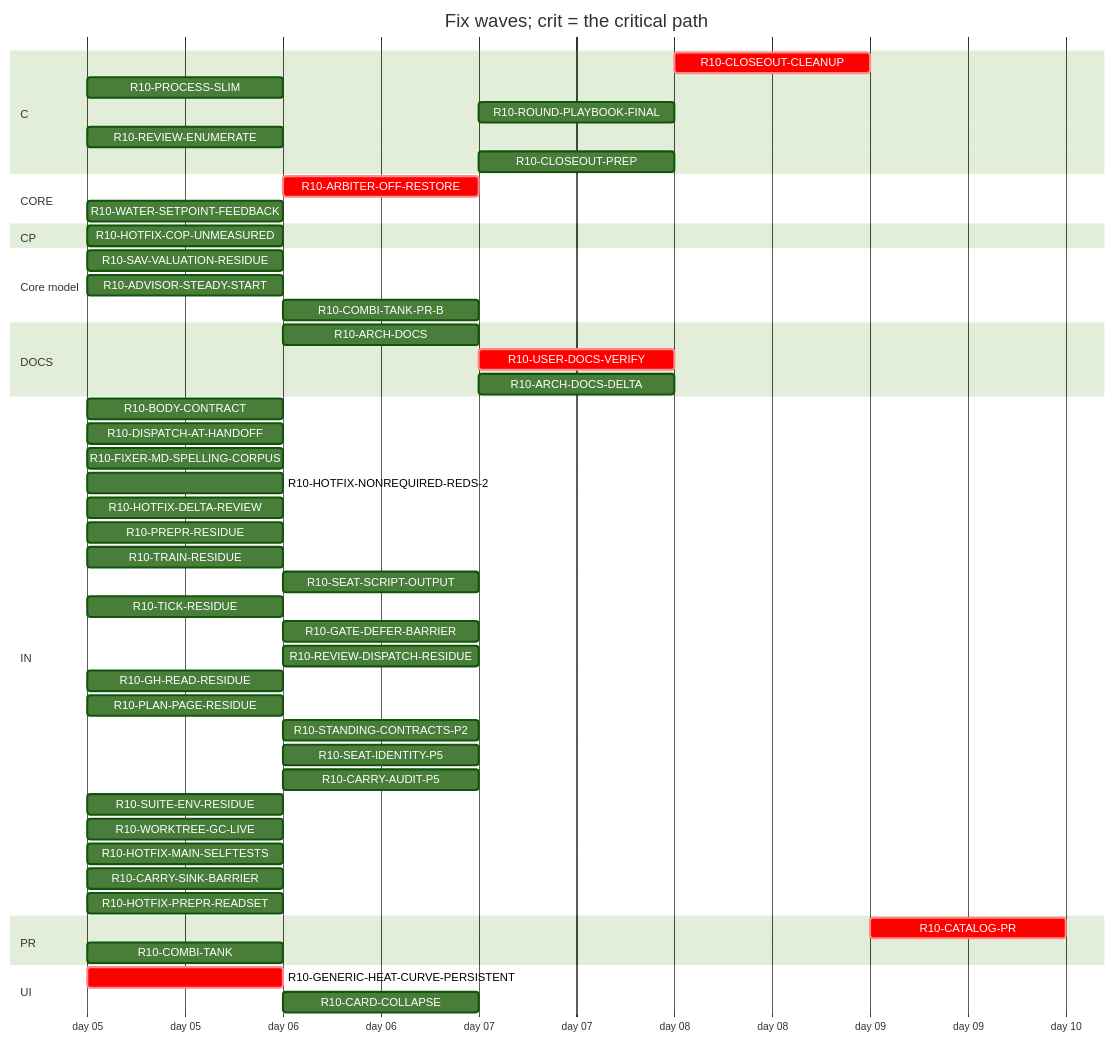
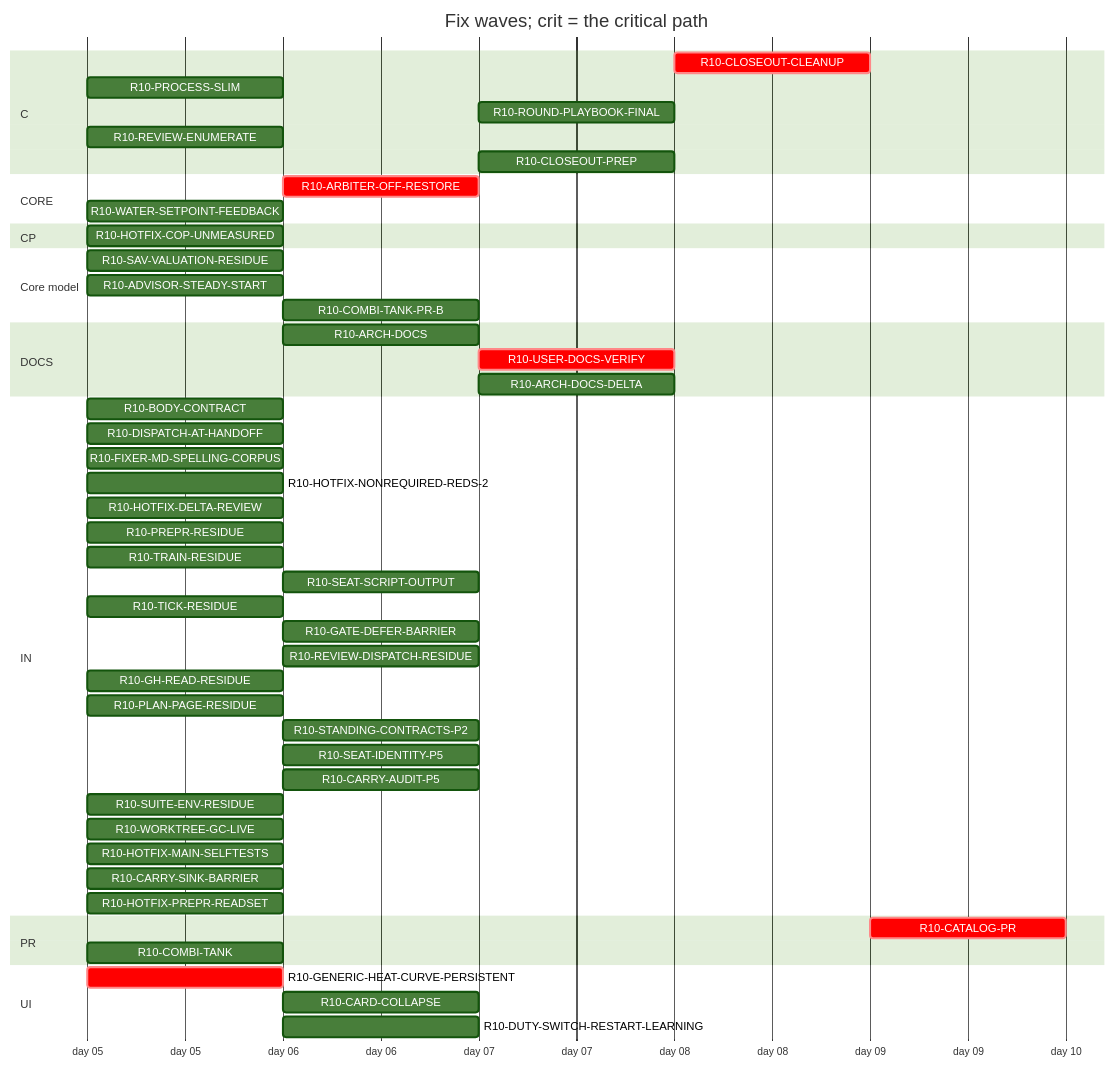
The diagram in handoff/round10/state/PLAN-TABLE.md (tvofi/heatpump_optimizer), drawn with Mermaid (forest theme) before and after one commit. The commit also changed other lines of this file and 1 other file, not shown here.

Commit message:
state: FLOW-BOARD.md, NEXT-SESSION-PROMPT.md, PLAN-TABLE.md, RESUME-CURRENT.md regenerated (state_docs.py)

````diff
--- a/handoff/round10/state/PLAN-TABLE.md
+++ b/handoff/round10/state/PLAN-TABLE.md
@@ -21,53 +21,54 @@
 ```mermaid
 gantt
   title Fix waves; crit = the critical path
   dateFormat YYYY-MM-DD
   axisFormat day %d
   section C
     R10-CLOSEOUT-CLEANUP :crit, r10CLOSEOUTCLEANUP, after r10ARCHDOCS r10USERDOCSVERIFY r10ROUNDPLAYBOOKFINAL r10CLOSEOUTPREP r10ARCHDOCSDELTA, 1d
     R10-PROCESS-SLIM :r10PROCESSSLIM, 2026-01-05, 1d
     R10-ROUND-PLAYBOOK-FINAL :r10ROUNDPLAYBOOKFINAL, after r10DISPATCHATHANDOFF r10BODYCONTRACT r10PROCESSSLIM r10FIXERMDSPELLINGCORPUS r10PREPRRESIDUE r10SEATSCRIPTOUTPUT r10REVIEWDISPATCHRESIDUE r10CARRYAUDITP5 r10TICKRESIDUE r10SEATIDENTITYP5 r10STANDINGCONTRACTSP2 r10PLANPAGERESIDUE r10TRAINRESIDUE r10GHREADRESIDUE r10SUITEENVRESIDUE r10GATEDEFERBARRIER r10WORKTREEGCLIVE, 1d
     R10-REVIEW-ENUMERATE :r10REVIEWENUMERATE, 2026-01-05, 1d
     R10-CLOSEOUT-PREP :r10CLOSEOUTPREP, after r10ARCHDOCS r10DISPATCHATHANDOFF r10BODYCONTRACT r10PROCESSSLIM r10FIXERMDSPELLINGCORPUS r10PREPRRESIDUE r10SEATSCRIPTOUTPUT r10REVIEWDISPATCHRESIDUE r10CARRYAUDITP5 r10TICKRESIDUE r10SEATIDENTITYP5 r10STANDINGCONTRACTSP2 r10PLANPAGERESIDUE r10TRAINRESIDUE r10GHREADRESIDUE r10SUITEENVRESIDUE r10GATEDEFERBARRIER r10WORKTREEGCLIVE, 1d
   section CORE
     R10-ARBITER-OFF-RESTORE :crit, r10ARBITEROFFRESTORE, after r10GENERICHEATCURVEPERSISTENT r10WATERSETPOINTFEEDBACK, 1d
     R10-WATER-SETPOINT-FEEDBACK :r10WATERSETPOINTFEEDBACK, 2026-01-05, 1d
   section CP
     R10-HOTFIX-COP-UNMEASURED :r10HOTFIXCOPUNMEASURED, 2026-01-05, 1d
   section Core model
     R10-SAV-VALUATION-RESIDUE :r10SAVVALUATIONRESIDUE, 2026-01-05, 1d
     R10-ADVISOR-STEADY-START :r10ADVISORSTEADYSTART, 2026-01-05, 1d
     R10-COMBI-TANK-PR-B :r10COMBITANKPRB, after r10COMBITANK, 1d
   section DOCS
     R10-ARCH-DOCS :r10ARCHDOCS, after r10DISPATCHATHANDOFF r10BODYCONTRACT r10PROCESSSLIM, 1d
     R10-USER-DOCS-VERIFY :crit, r10USERDOCSVERIFY, after r10HOTFIXCOPUNMEASURED r10GENERICHEATCURVEPERSISTENT r10ARBITEROFFRESTORE r10COMBITANK, 1d
     R10-ARCH-DOCS-DELTA :r10ARCHDOCSDELTA, after r10ARCHDOCS r10HOTFIXCOPUNMEASURED r10GENERICHEATCURVEPERSISTENT r10ARBITEROFFRESTORE r10COMBITANK r10SAVVALUATIONRESIDUE r10ADVISORSTEADYSTART r10COMBITANKPRB, 1d
   section IN
     R10-BODY-CONTRACT :r10BODYCONTRACT, 2026-01-05, 1d
     R10-DISPATCH-AT-HANDOFF :r10DISPATCHATHANDOFF, 2026-01-05, 1d
     R10-FIXER-MD-SPELLING-CORPUS :r10FIXERMDSPELLINGCORPUS, 2026-01-05, 1d
     R10-HOTFIX-NONREQUIRED-REDS-2 :r10HOTFIXNONREQUIREDREDS2, 2026-01-05, 1d
     R10-HOTFIX-DELTA-REVIEW :r10HOTFIXDELTAREVIEW, 2026-01-05, 1d
     R10-PREPR-RESIDUE :r10PREPRRESIDUE, 2026-01-05, 1d
     R10-TRAIN-RESIDUE :r10TRAINRESIDUE, 2026-01-05, 1d
     R10-SEAT-SCRIPT-OUTPUT :r10SEATSCRIPTOUTPUT, after r10TRAINRESIDUE, 1d
     R10-TICK-RESIDUE :r10TICKRESIDUE, 2026-01-05, 1d
     R10-GATE-DEFER-BARRIER :r10GATEDEFERBARRIER, after r10TRAINRESIDUE r10TICKRESIDUE, 1d
     R10-REVIEW-DISPATCH-RESIDUE :r10REVIEWDISPATCHRESIDUE, after r10DISPATCHATHANDOFF r10REVIEWENUMERATE r10HOTFIXDELTAREVIEW r10PROCESSSLIM, 1d
     R10-GH-READ-RESIDUE :r10GHREADRESIDUE, 2026-01-05, 1d
     R10-PLAN-PAGE-RESIDUE :r10PLANPAGERESIDUE, 2026-01-05, 1d
     R10-STANDING-CONTRACTS-P2 :r10STANDINGCONTRACTSP2, after r10FIXERMDSPELLINGCORPUS, 1d
     R10-SEAT-IDENTITY-P5 :r10SEATIDENTITYP5, after r10TICKRESIDUE, 1d
     R10-CARRY-AUDIT-P5 :r10CARRYAUDITP5, after r10BODYCONTRACT, 1d
     R10-SUITE-ENV-RESIDUE :r10SUITEENVRESIDUE, 2026-01-05, 1d
     R10-WORKTREE-GC-LIVE :r10WORKTREEGCLIVE, 2026-01-05, 1d
     R10-HOTFIX-MAIN-SELFTESTS :r10HOTFIXMAINSELFTESTS, 2026-01-05, 1d
     R10-CARRY-SINK-BARRIER :r10CARRYSINKBARRIER, 2026-01-05, 1d
     R10-HOTFIX-PREPR-READSET :r10HOTFIXPREPRREADSET, 2026-01-05, 1d
   section PR
     R10-CATALOG-PR :crit, r10CATALOGPR, after r10USERDOCSVERIFY r10ARCHDOCS r10ROUNDPLAYBOOKFINAL r10CLOSEOUTCLEANUP r10CLOSEOUTPREP r10ARCHDOCSDELTA, 1d
     R10-COMBI-TANK :r10COMBITANK, 2026-01-05, 1d
   section UI
     R10-GENERIC-HEAT-CURVE-PERSISTENT :crit, r10GENERICHEATCURVEPERSISTENT, 2026-01-05, 1d
     R10-CARD-COLLAPSE :r10CARDCOLLAPSE, after r10HOTFIXCOPUNMEASURED, 1d
+    R10-DUTY-SWITCH-RESTART-LEARNING :r10DUTYSWITCHRESTARTLEARNING, after r10WATERSETPOINTFEEDBACK, 1d
 ```
````
